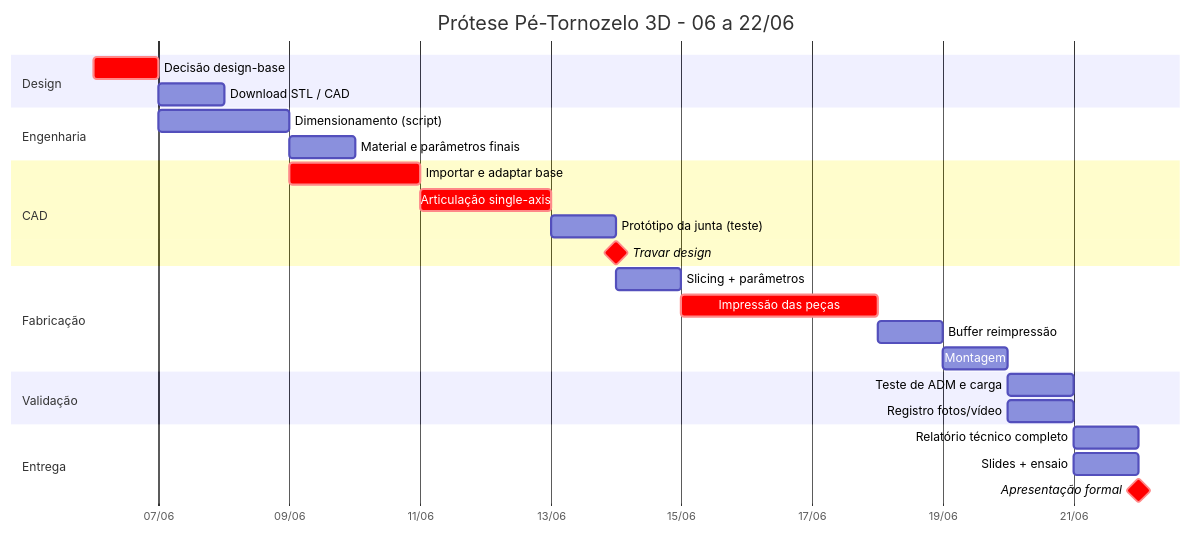
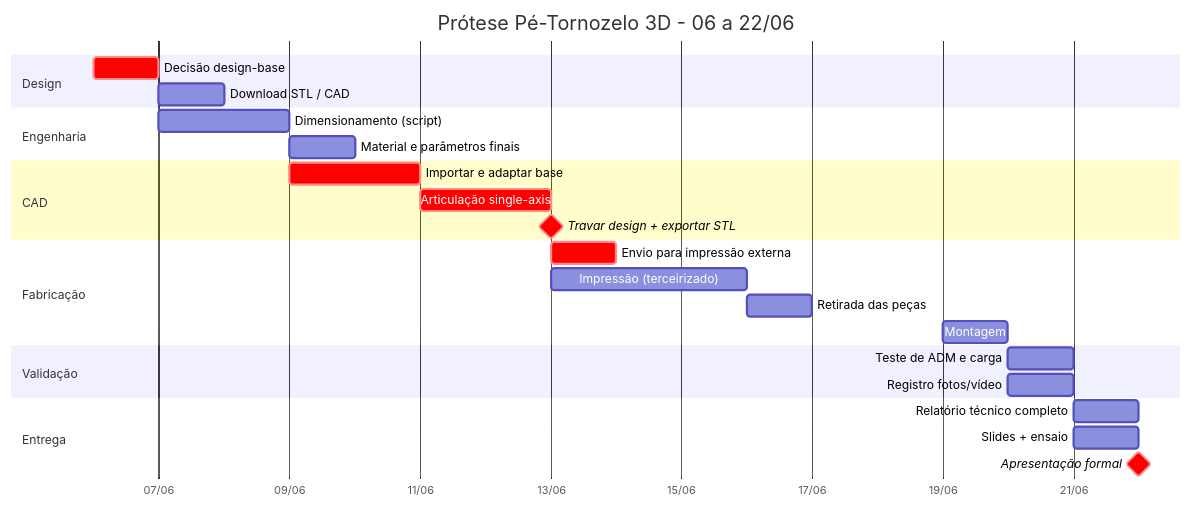
Before and after one commit to Sowsoc/ankle-foot-prosthesis-3d: the diagram in ROADMAP.md, drawn with Mermaid. The commit also changed other lines of this file and 3 other files, not shown here.

````diff
--- a/ROADMAP.md
+++ b/ROADMAP.md
@@ -11,35 +12,34 @@
 ```mermaid
 gantt
     title Prótese Pé-Tornozelo 3D - 06 a 22/06
     dateFormat  YYYY-MM-DD
     axisFormat  %d/%m
 
     section Design
     Decisão design-base          :crit, d1, 2026-06-06, 1d
     Download STL / CAD           :d2, after d1, 1d
 
     section Engenharia
     Dimensionamento (script)     :e1, 2026-06-07, 2d
     Material e parâmetros finais :e2, after e1, 1d
 
     section CAD
     Importar e adaptar base      :crit, c1, 2026-06-09, 2d
     Articulação single-axis      :crit, c2, after c1, 2d
-    Protótipo da junta (teste)   :c3, after c2, 1d
-    Travar design                :milestone, crit, 2026-06-14, 0d
+    Travar design + exportar STL :milestone, crit, 2026-06-13, 0d
 
     section Fabricação
-    Slicing + parâmetros         :s1, 2026-06-14, 1d
-    Impressão das peças          :crit, p1, 2026-06-15, 3d
-    Buffer reimpressão           :p2, after p1, 1d
+    Envio para impressão externa :crit, p0, 2026-06-13, 1d
+    Impressão (terceirizado)     :p1, 2026-06-13, 3d
+    Retirada das peças           :p2, after p1, 1d
     Montagem                     :m1, 2026-06-19, 1d
 
     section Validação
     Teste de ADM e carga         :v1, 2026-06-20, 1d
     Registro fotos/vídeo         :v2, 2026-06-20, 1d
 
     section Entrega
     Relatório técnico completo   :r1, 2026-06-21, 1d
     Slides + ensaio              :r2, 2026-06-21, 1d
     Apresentação formal          :milestone, crit, 2026-06-22, 0d
 ```
````
